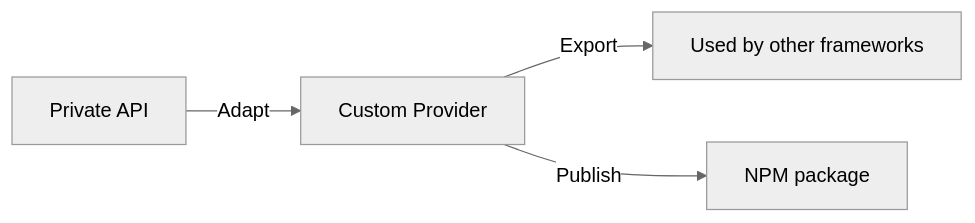
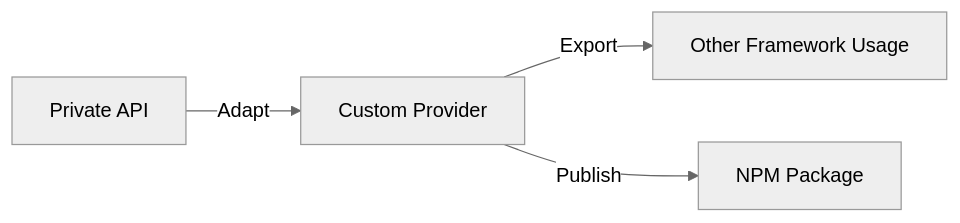
The sixth of 7 diagrams in packages/x-skill/skills/x-chat-provider/SKILL.md (ant-design/x), drawn with Mermaid (neutral theme) before and after one commit. The commit also changed other lines of this file and 25 other files, not shown here.

````diff
--- a/packages/x-skill/skills/x-chat-provider/SKILL.md
+++ b/packages/x-skill/skills/x-chat-provider/SKILL.md
@@ -408,6 +411,6 @@
 ```mermaid
 graph LR
     A[Private API] -->|Adapt| B[Custom Provider]
-    B -->|Export| C[Used by other frameworks]
-    B -->|Publish| D[NPM package]
+    B -->|Export| C[Other Framework Usage]
+    B -->|Publish| D[NPM Package]
 ```
````
